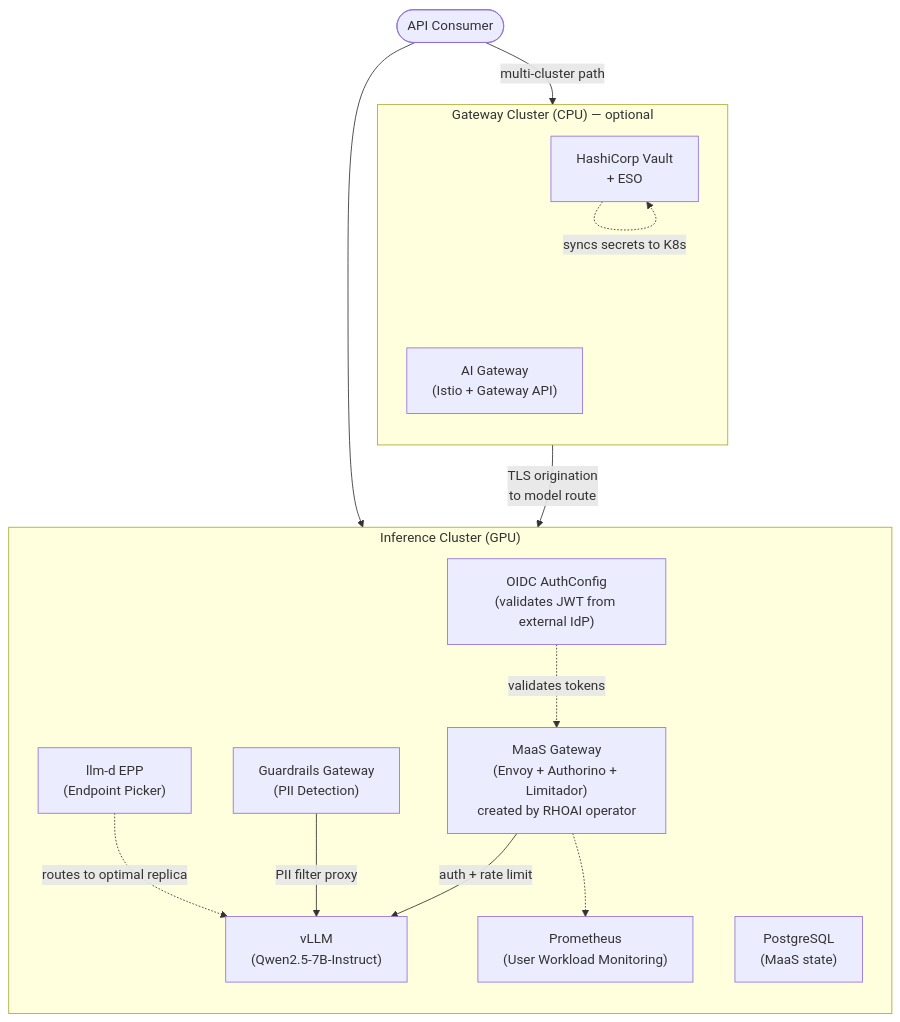
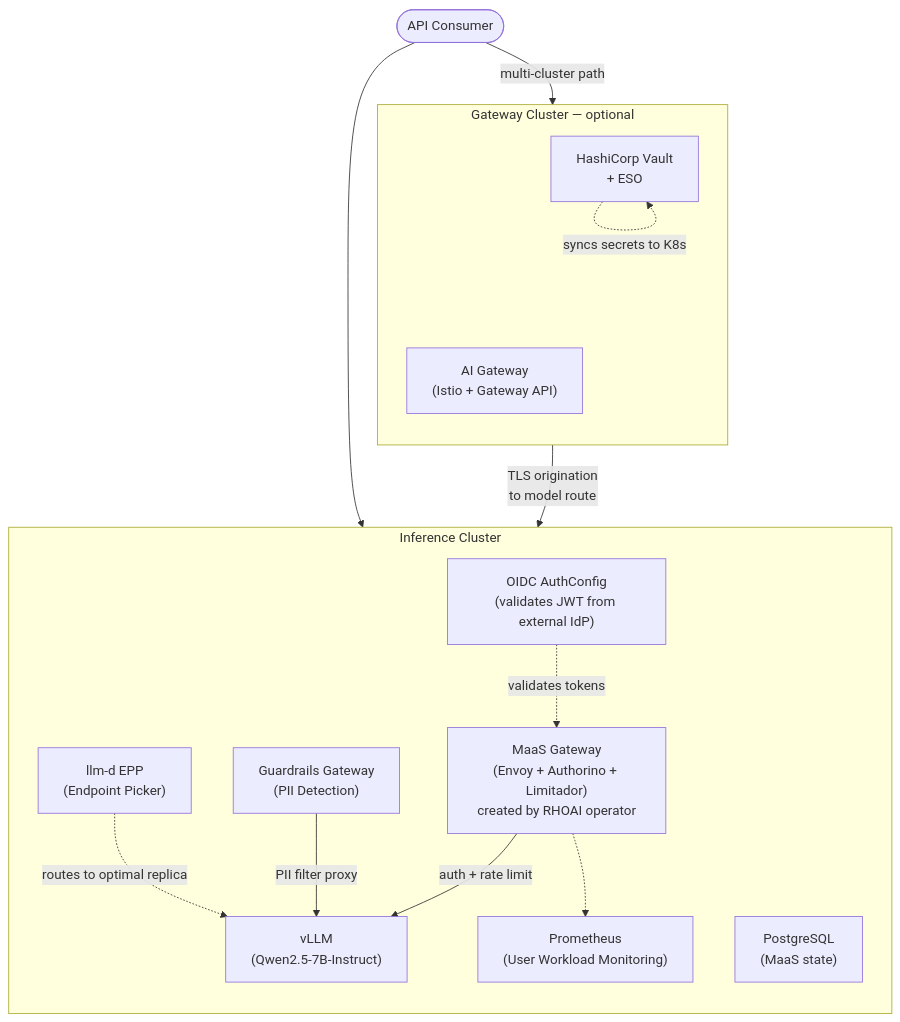
The first of 3 diagrams in README.md (rrbanda/maas-demo), drawn with Mermaid before and after one commit. The commit also changed other lines of this file and 3 other files, not shown here.

First line of the commit message:
fix: remove CPU/GPU cluster labels — both clusters have GPUs

````diff
--- a/README.md
+++ b/README.md
@@ -22,29 +22,29 @@
 ```mermaid
 flowchart TB
-    subgraph GW["Gateway Cluster (CPU) — optional"]
+    subgraph GW["Gateway Cluster — optional"]
         direction TB
         AIGw["AI Gateway<br/>(Istio + Gateway API)"]
         Vault["HashiCorp Vault<br/>+ ESO"]
     end
 
-    subgraph INF["Inference Cluster (GPU)"]
+    subgraph INF["Inference Cluster"]
         direction TB
         MaaS["MaaS Gateway<br/>(Envoy + Authorino + Limitador)<br/>created by RHOAI operator"]
         Guard["Guardrails Gateway<br/>(PII Detection)"]
         EPP["llm-d EPP<br/>(Endpoint Picker)"]
         vLLM["vLLM<br/>(Qwen2.5-7B-Instruct)"]
         PG["PostgreSQL<br/>(MaaS state)"]
         Prom["Prometheus<br/>(User Workload Monitoring)"]
         OIDC["OIDC AuthConfig<br/>(validates JWT from external IdP)"]
     end
 
     Client(["API Consumer"]) --> MaaS
     Client -->|"multi-cluster path"| AIGw
     AIGw -->|"TLS origination<br/>to model route"| vLLM
     MaaS -->|"auth + rate limit"| vLLM
     Guard -->|"PII filter proxy"| vLLM
     EPP -.->|"routes to optimal replica"| vLLM
     OIDC -.->|"validates tokens"| MaaS
     MaaS -.-> Prom
     Vault -.->|"syncs secrets to K8s"| Vault
 ```
````
